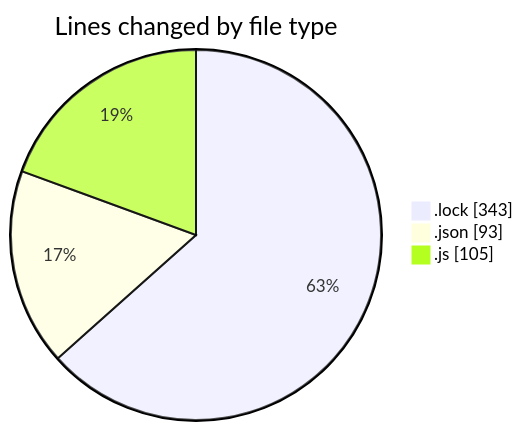
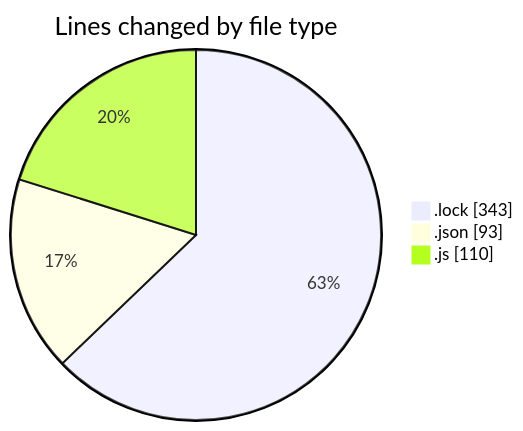
One commit to momahboobian/code-tracking changed the first of 2 diagrams in 2025-01-30/cda/README.md. Above: the diagram before and after it, drawn with Mermaid. The commit also changed other lines of this file and 1 other file, not shown here.

````diff
--- a/2025-01-30/cda/README.md
+++ b/2025-01-30/cda/README.md
@@ -26,7 +26,7 @@
 ```mermaid
 pie showData
 title Lines changed by file type
 ".lock" : 343
 ".json" : 93
-".js" : 105
+".js" : 110
 ```
````
